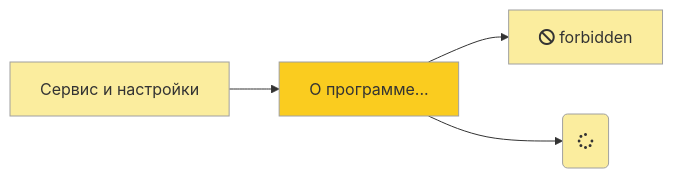
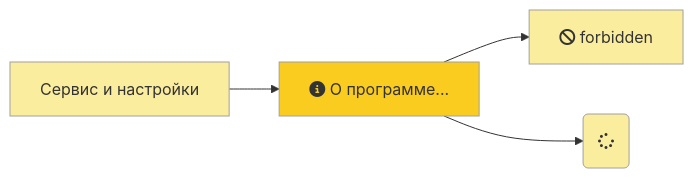
Before and after one commit to lugovoe/manual: the first of 5 diagrams in faq/crash/mermaid.md, drawn with Mermaid.

````diff
--- a/faq/crash/mermaid.md
+++ b/faq/crash/mermaid.md
@@ -3,8 +3,8 @@
 ```mermaid
 graph LR
-  m1[Сервис и настройки] --> m2[О программе...]:::contextmenu;
+  m1[Сервис и настройки] --> m2[fa:fa-info-circle О программе...]:::contextmenu;
   m2 --> C[fa:fa-ban forbidden];
   m2 --> D(fa:fa-spinner);
   classDef default fill:#fbed9e,stroke:#a0a0a0,stroke-width:1px;
   classDef contextmenu fill:#facc1f;
 ```
````
